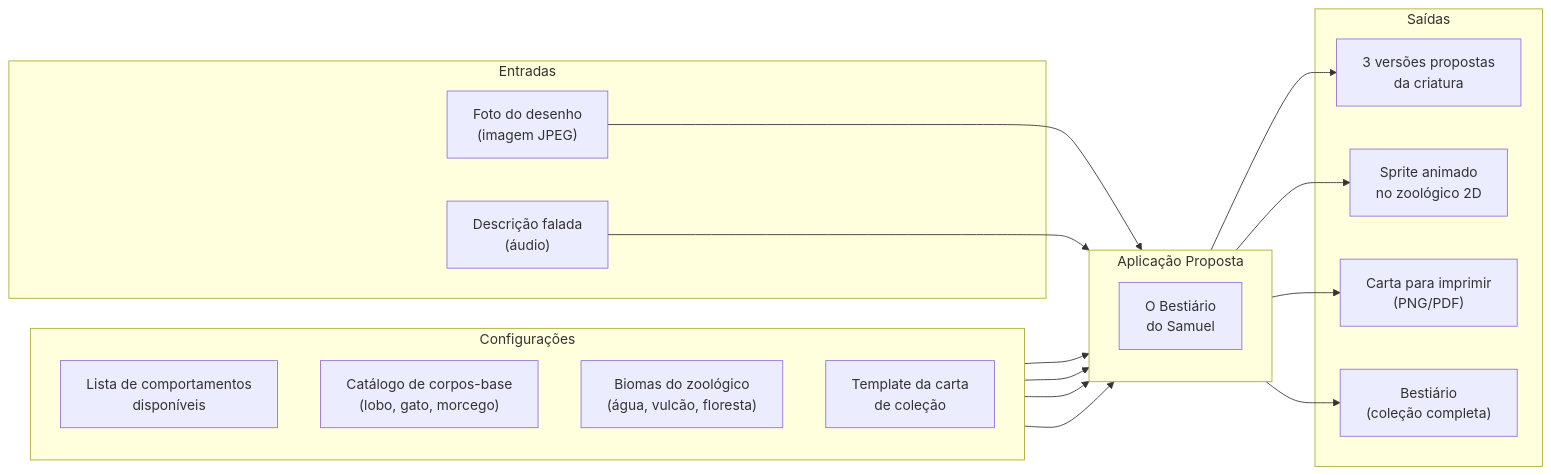
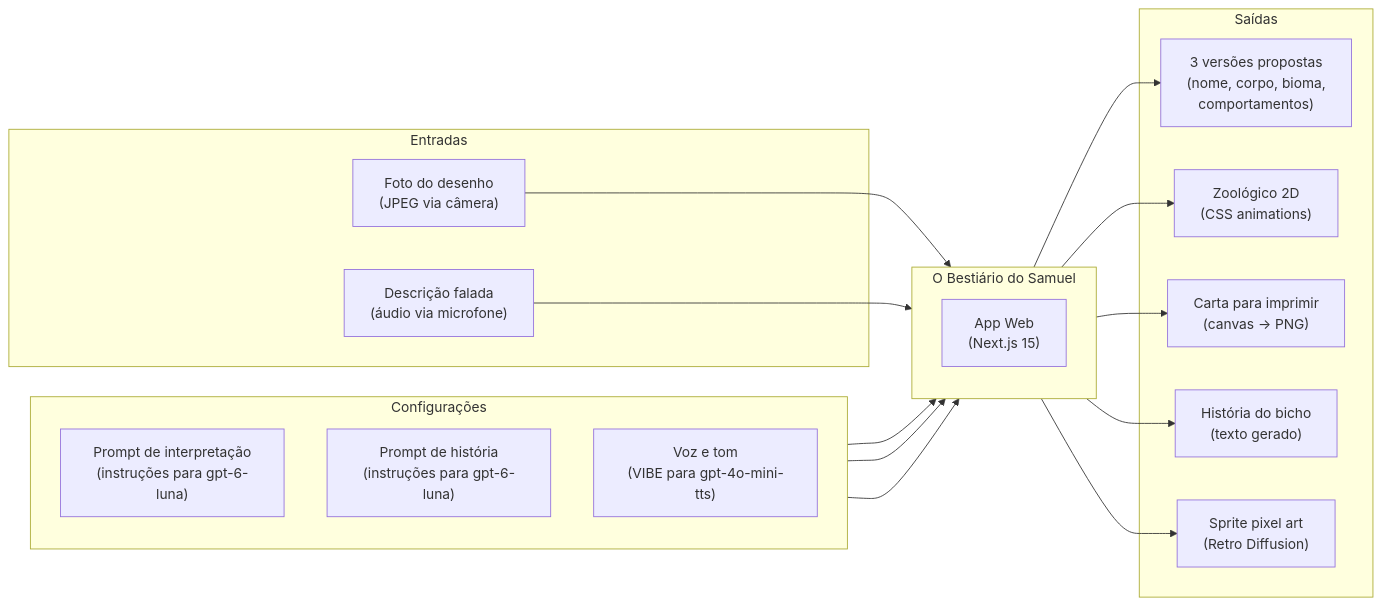
One commit to marcosdidier/criacomp-ferramenta-grupo7 changed the first of 7 diagrams in docs/1-Entregas/PF3-Diagrama-Arquitetura.md. Above: the diagram before and after it, drawn with Mermaid. The commit also changed other lines of this file, not shown here.

First line of the commit message:
docs: atualiza diagrama PF3 com stack real

````diff
--- a/docs/1-Entregas/PF3-Diagrama-Arquitetura.md
+++ b/docs/1-Entregas/PF3-Diagrama-Arquitetura.md
@@ -11,37 +11,37 @@
 ```mermaid
 flowchart LR
     subgraph Entradas
-        E1["Foto do desenho\n(imagem JPEG)"]
-        E2["Descrição falada\n(áudio)"]
+        E1["Foto do desenho\n(JPEG via câmera)"]
+        E2["Descrição falada\n(áudio via microfone)"]
     end
 
     subgraph Configurações
         direction TB
-        C1["Lista de comportamentos\ndisponíveis"]
-        C2["Catálogo de corpos-base\n(lobo, gato, morcego)"]
-        C3["Biomas do zoológico\n(água, vulcão, floresta)"]
-        C4["Template da carta\nde coleção"]
+        C1["Prompt de interpretação\n(instruções para gpt-6-luna)"]
+        C2["Prompt de história\n(instruções para gpt-6-luna)"]
+        C3["Voz e tom\n(VIBE para gpt-4o-mini-tts)"]
     end
 
-    subgraph App["Aplicação Proposta"]
-        X["O Bestiário\ndo Samuel"]
+    subgraph App["O Bestiário do Samuel"]
+        X["App Web\n(Next.js 15)"]
     end
 
     subgraph Saídas
-        S1["3 versões propostas\nda criatura"]
-        S2["Sprite animado\nno zoológico 2D"]
-        S3["Carta para imprimir\n(PNG/PDF)"]
-        S4["Bestiário\n(coleção completa)"]
+        S1["3 versões propostas\n(nome, corpo, bioma,\ncomportamentos)"]
+        S2["Zoológico 2D\n(CSS animations)"]
+        S3["Carta para imprimir\n(canvas → PNG)"]
+        S4["História do bicho\n(texto gerado)"]
+        S5["Sprite pixel art\n(Retro Diffusion)"]
     end
 
     E1 --> App
     E2 --> App
     C1 --> App
     C2 --> App
     C3 --> App
-    C4 --> App
     App --> S1
     App --> S2
     App --> S3
     App --> S4
+    App --> S5
 ```
````
